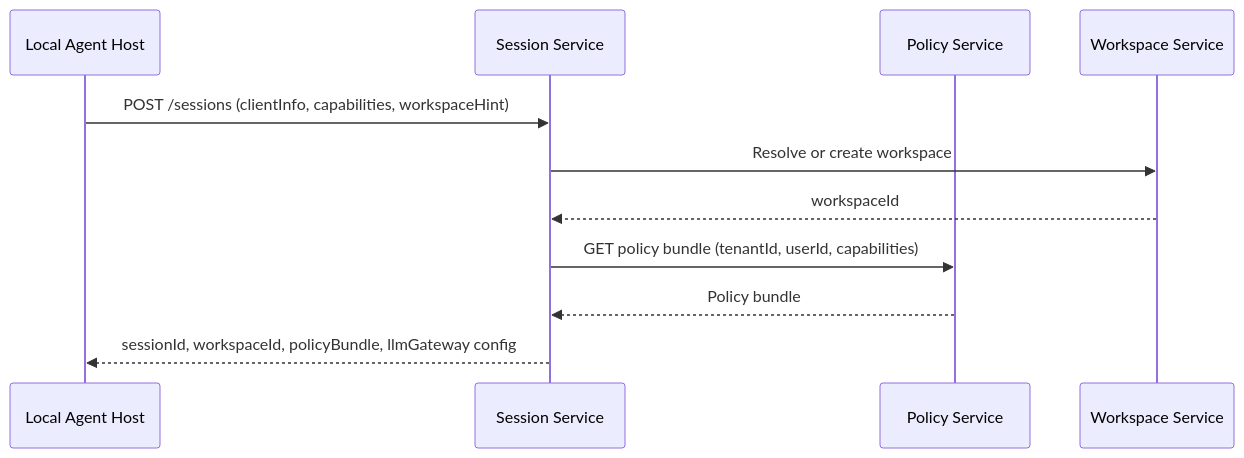
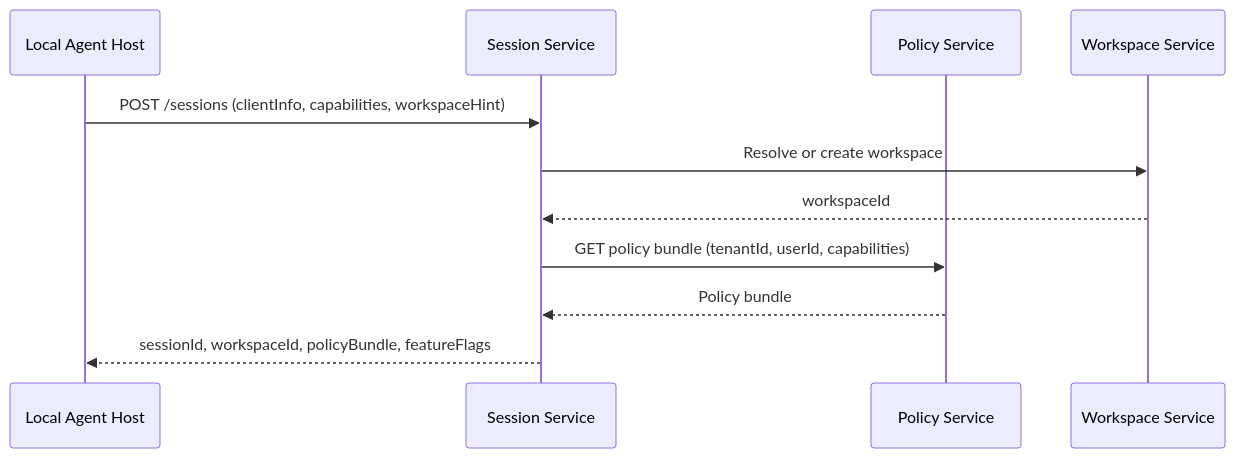
The first of 2 diagrams in services/session-service.md (suman724/local-agent-loop), drawn with Mermaid before and after one commit. The commit also changed other lines of this file and 9 other files, not shown here.

````diff
--- a/services/session-service.md
+++ b/services/session-service.md
@@ -159,14 +151,14 @@
 ```mermaid
 sequenceDiagram
   participant LocalAgentHost as Local Agent Host
   participant SessionService as Session Service
   participant PolicyService as Policy Service
   participant WorkspaceService as Workspace Service
 
   LocalAgentHost->>SessionService: POST /sessions (clientInfo, capabilities, workspaceHint)
   SessionService->>WorkspaceService: Resolve or create workspace
   WorkspaceService-->>SessionService: workspaceId
   SessionService->>PolicyService: GET policy bundle (tenantId, userId, capabilities)
   PolicyService-->>SessionService: Policy bundle
-  SessionService-->>LocalAgentHost: sessionId, workspaceId, policyBundle, llmGateway config
+  SessionService-->>LocalAgentHost: sessionId, workspaceId, policyBundle, featureFlags
 ```
````
